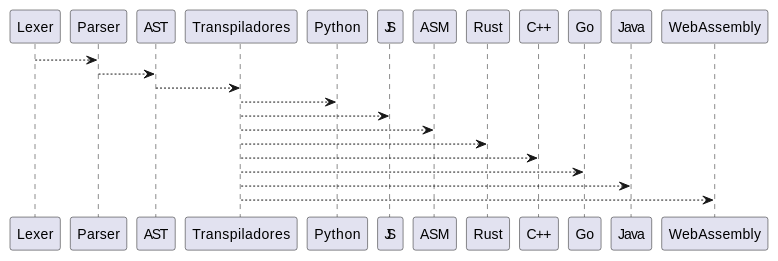
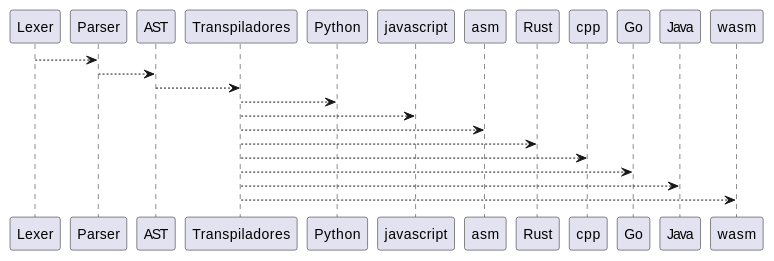
The second of 2 diagrams in docs/estructura_ast.md (Alphonsus411/pCobra), drawn with PlantUML before and after one commit. The commit also changed 22 other files, not shown here.

````diff
--- a/docs/estructura_ast.md
+++ b/docs/estructura_ast.md
@@ -57,15 +57,15 @@
 ```{uml}
 @startuml
 Lexer --> Parser
 Parser --> AST
 AST --> Transpiladores
 Transpiladores --> Python
-Transpiladores --> JS
-Transpiladores --> ASM
+Transpiladores --> javascript
+Transpiladores --> asm
 Transpiladores --> Rust
-Transpiladores --> "C++"
+Transpiladores --> cpp
 Transpiladores --> Go
 Transpiladores --> Java
-Transpiladores --> WebAssembly
+Transpiladores --> wasm
 @enduml
 ```
````
